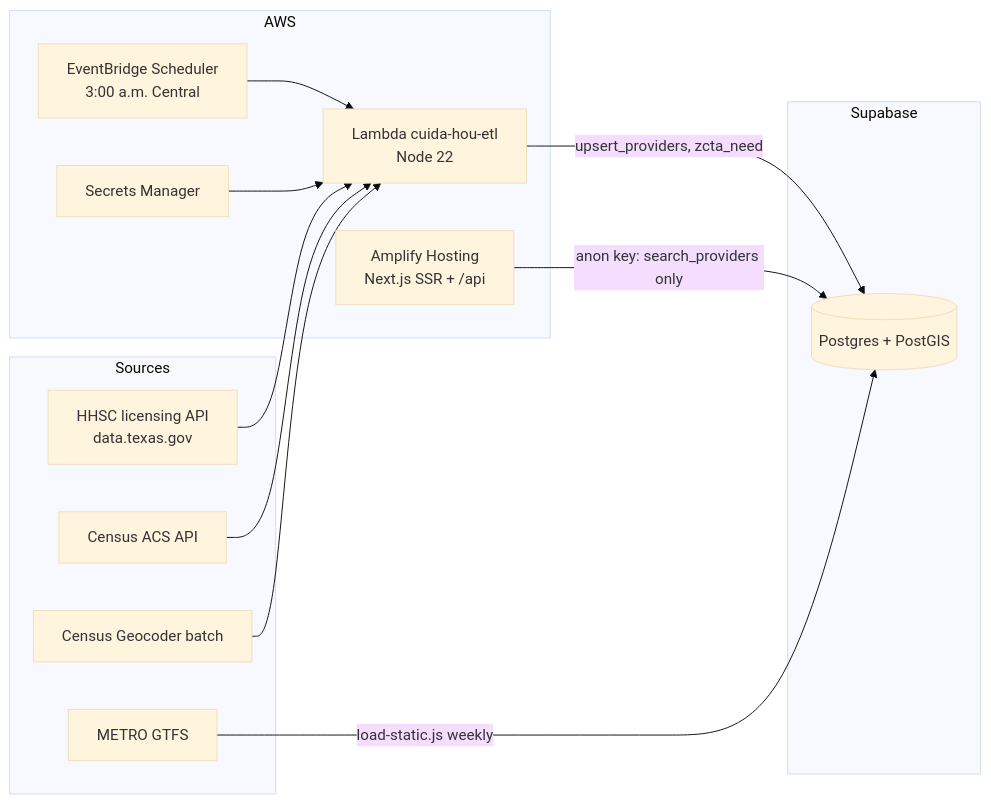
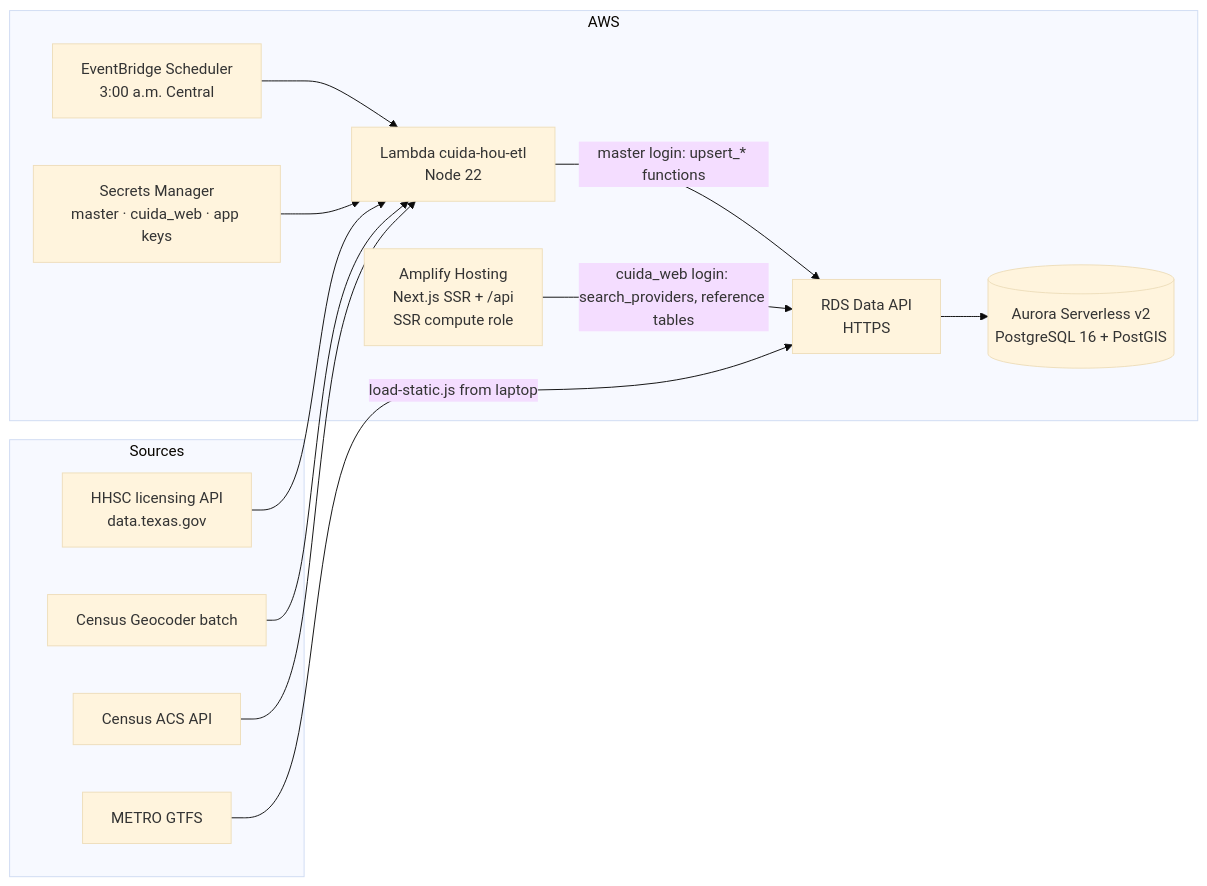
The diagram in docs/TRD.md (createnexxusvision/Cuida-Houston), drawn with Mermaid (base theme) before and after one commit. The commit also changed other lines of this file and 6 other files, not shown here.

````diff
--- a/docs/TRD.md
+++ b/docs/TRD.md
@@ -5,26 +5,26 @@
 ```mermaid
 flowchart LR
   subgraph Sources
     A[HHSC licensing API<br/>data.texas.gov]
     B[Census ACS API]
     C[Census Geocoder batch]
     D[METRO GTFS]
   end
   subgraph AWS
     E[EventBridge Scheduler<br/>3:00 a.m. Central]
     F[Lambda cuida-hou-etl<br/>Node 22]
-    G[Secrets Manager]
-    H[Amplify Hosting<br/>Next.js SSR + /api]
-  end
-  subgraph Supabase
-    I[(Postgres + PostGIS)]
+    G[Secrets Manager<br/>master · cuida_web · app keys]
+    H[Amplify Hosting<br/>Next.js SSR + /api<br/>SSR compute role]
+    DA[RDS Data API<br/>HTTPS]
+    I[(Aurora Serverless v2<br/>PostgreSQL 16 + PostGIS)]
   end
   E-->F
   G-->F
   A-->F
   C-->F
   B-->F
-  D-->|load-static.js weekly|I
-  F-->|upsert_providers, zcta_need|I
-  H-->|anon key: search_providers only|I
+  F-->|master login: upsert_* functions|DA
+  H-->|cuida_web login: search_providers, reference tables|DA
+  DA-->I
+  D-->|load-static.js from laptop|DA
 ```
````
